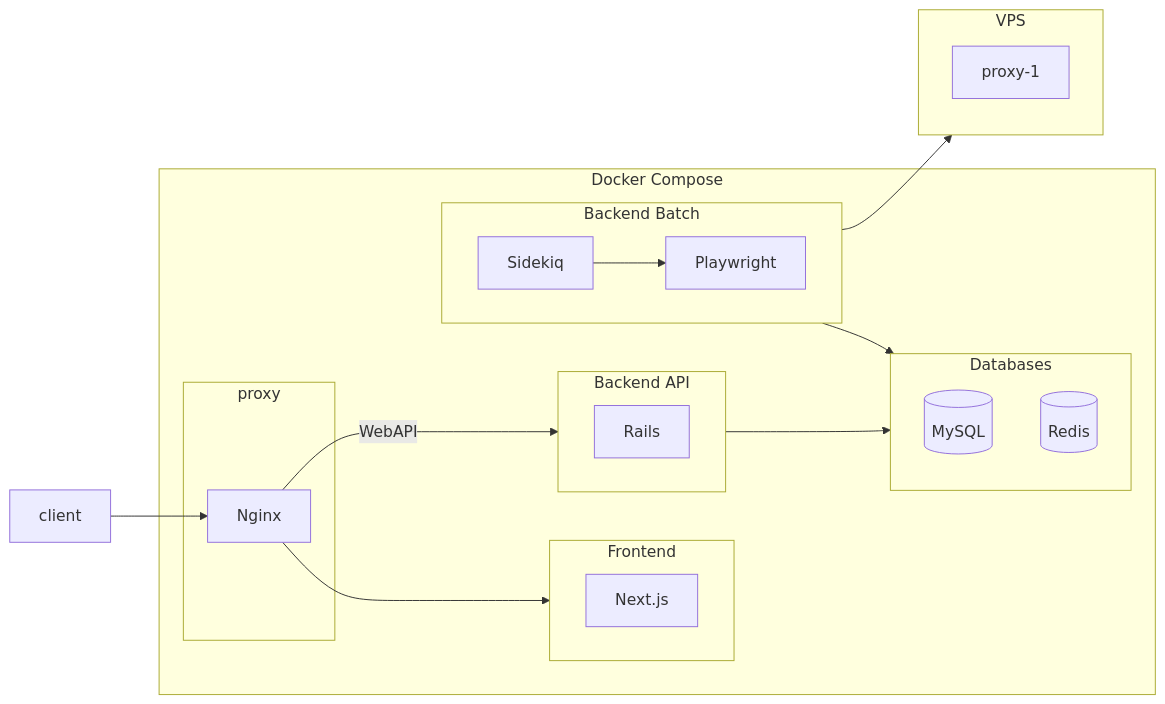
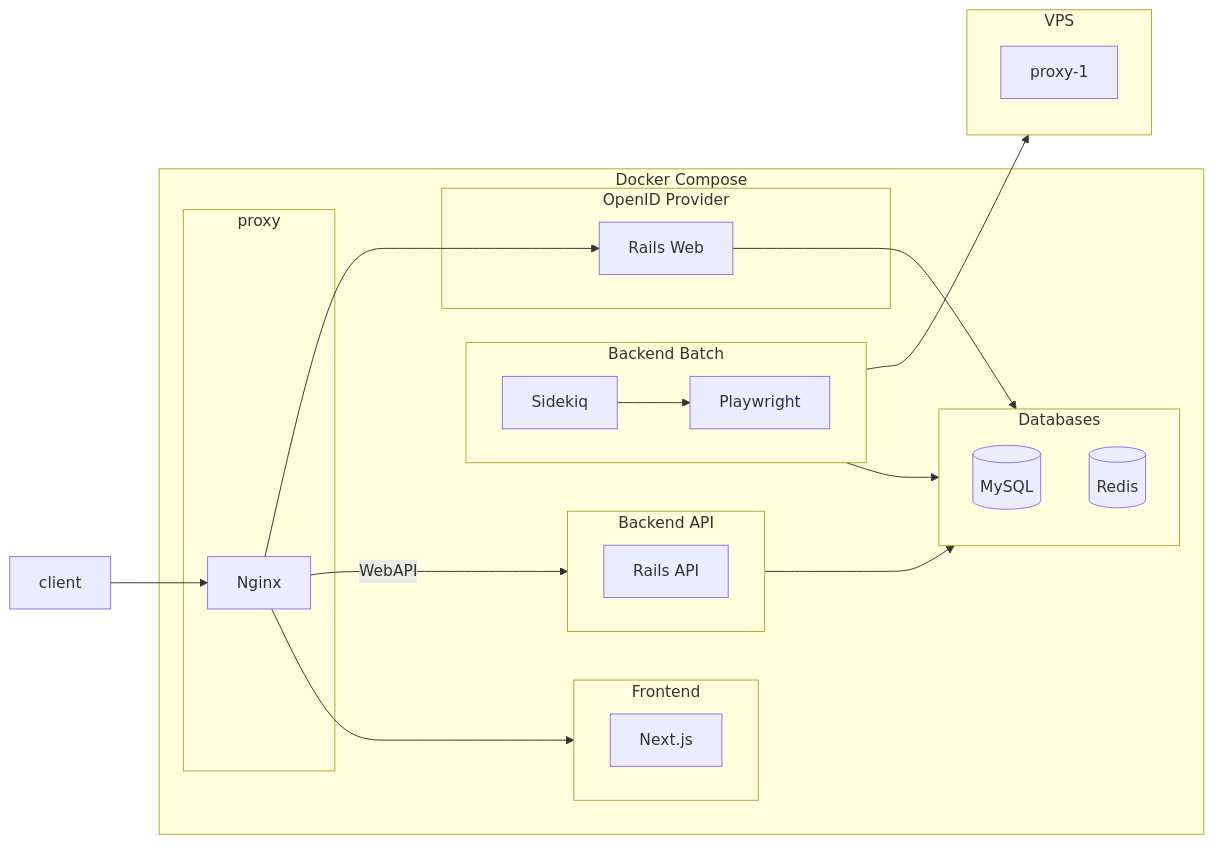
The first of 12 diagrams in README.md (kuroweb/price-monitoring), drawn with Mermaid before and after one commit. The commit also changed other lines of this file, not shown here.

````diff
--- a/README.md
+++ b/README.md
@@ -34,42 +33,48 @@
   ```mermaid
   flowchart LR
   subgraph Docker Compose
     subgraph proxy
       nginx[Nginx]
     end
 
     subgraph Frontend
       direction LR
 
       Next.js
     end
 
     subgraph Backend API
       direction LR
 
-      rails[Rails]
+      rails[Rails API]
     end
 
     subgraph Backend Batch
       direction LR
 
       sidekiq[Sidekiq]
       playwright[Playwright]
+    end
+
+    subgraph OpenID Provider
+      rails_auth[Rails Web]
     end
 
     subgraph Databases
       mysql[(MySQL)]
       redis[(Redis)]
     end
   end
 
   subgraph VPS
     proxy-1
   end
 
   client-->nginx-->Next.js
   nginx--WebAPI-->rails
+  nginx-->rails_auth
   sidekiq-->playwright-->VPS
   rails-->Databases
+  rails_auth-->Databases
   sidekiq-->Databases
   ```
````
